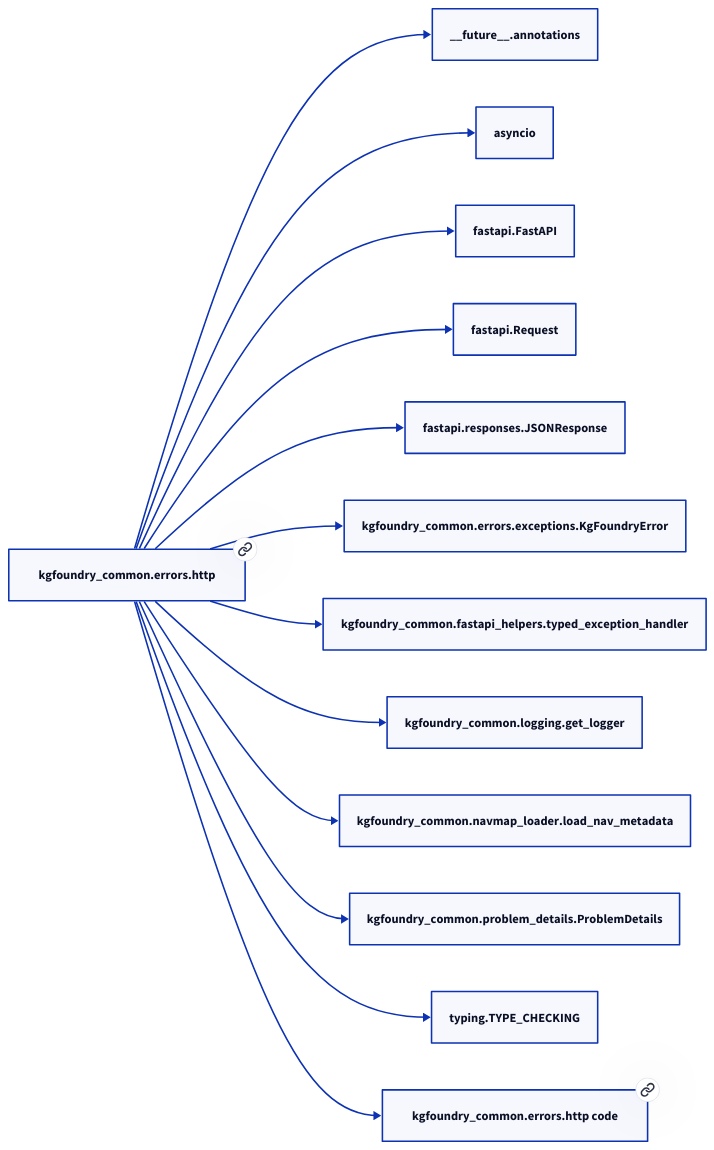
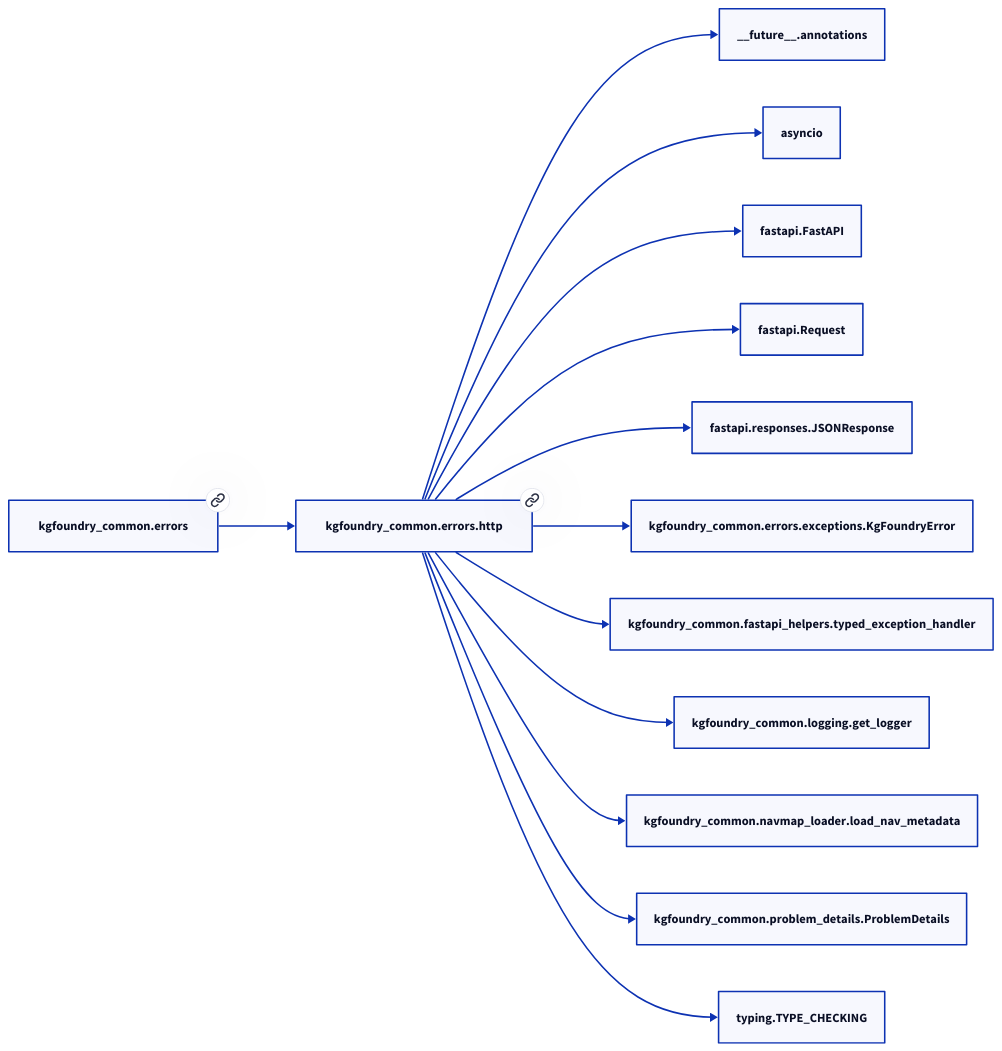
Before and after one commit to paul-heyse/kgforge: the diagram in docs/modules/kgfoundry_common/errors/http.md, drawn with D2. The commit also changed other lines of this file and 208 other files, not shown here.

````diff
--- a/docs/modules/kgfoundry_common/errors/http.md
+++ b/docs/modules/kgfoundry_common/errors/http.md
@@ -32,28 +36,28 @@
 ```d2
 direction: right
-"kgfoundry_common.errors.http": "kgfoundry_common.errors.http" { link: "./kgfoundry_common/errors/http.md" }
+"kgfoundry_common.errors.http": "kgfoundry_common.errors.http" { link: "https://github.com/paul-heyse/kgfoundry/blob/main/src/kgfoundry_common/errors/http.py" }
 "__future__.annotations": "__future__.annotations"
 "kgfoundry_common.errors.http" -> "__future__.annotations"
 "asyncio": "asyncio"
 "kgfoundry_common.errors.http" -> "asyncio"
 "fastapi.FastAPI": "fastapi.FastAPI"
 "kgfoundry_common.errors.http" -> "fastapi.FastAPI"
 "fastapi.Request": "fastapi.Request"
 "kgfoundry_common.errors.http" -> "fastapi.Request"
 "fastapi.responses.JSONResponse": "fastapi.responses.JSONResponse"
 "kgfoundry_common.errors.http" -> "fastapi.responses.JSONResponse"
 "kgfoundry_common.errors.exceptions.KgFoundryError": "kgfoundry_common.errors.exceptions.KgFoundryError"
 "kgfoundry_common.errors.http" -> "kgfoundry_common.errors.exceptions.KgFoundryError"
 "kgfoundry_common.fastapi_helpers.typed_exception_handler": "kgfoundry_common.fastapi_helpers.typed_exception_handler"
 "kgfoundry_common.errors.http" -> "kgfoundry_common.fastapi_helpers.typed_exception_handler"
 "kgfoundry_common.logging.get_logger": "kgfoundry_common.logging.get_logger"
 "kgfoundry_common.errors.http" -> "kgfoundry_common.logging.get_logger"
 "kgfoundry_common.navmap_loader.load_nav_metadata": "kgfoundry_common.navmap_loader.load_nav_metadata"
 "kgfoundry_common.errors.http" -> "kgfoundry_common.navmap_loader.load_nav_metadata"
 "kgfoundry_common.problem_details.ProblemDetails": "kgfoundry_common.problem_details.ProblemDetails"
 "kgfoundry_common.errors.http" -> "kgfoundry_common.problem_details.ProblemDetails"
 "typing.TYPE_CHECKING": "typing.TYPE_CHECKING"
 "kgfoundry_common.errors.http" -> "typing.TYPE_CHECKING"
-"kgfoundry_common.errors.http_code": "kgfoundry_common.errors.http code" { link: "https://github.com/kgfoundry/kgfoundry/blob/main/src/kgfoundry_common/errors/http.py" }
-"kgfoundry_common.errors.http" -> "kgfoundry_common.errors.http_code" { style: dashed }
+"kgfoundry_common.errors": "kgfoundry_common.errors" { link: "https://github.com/paul-heyse/kgfoundry/blob/main/src/kgfoundry_common/errors/__init__.py" }
+"kgfoundry_common.errors" -> "kgfoundry_common.errors.http" { style: dashed }
 ```
````
